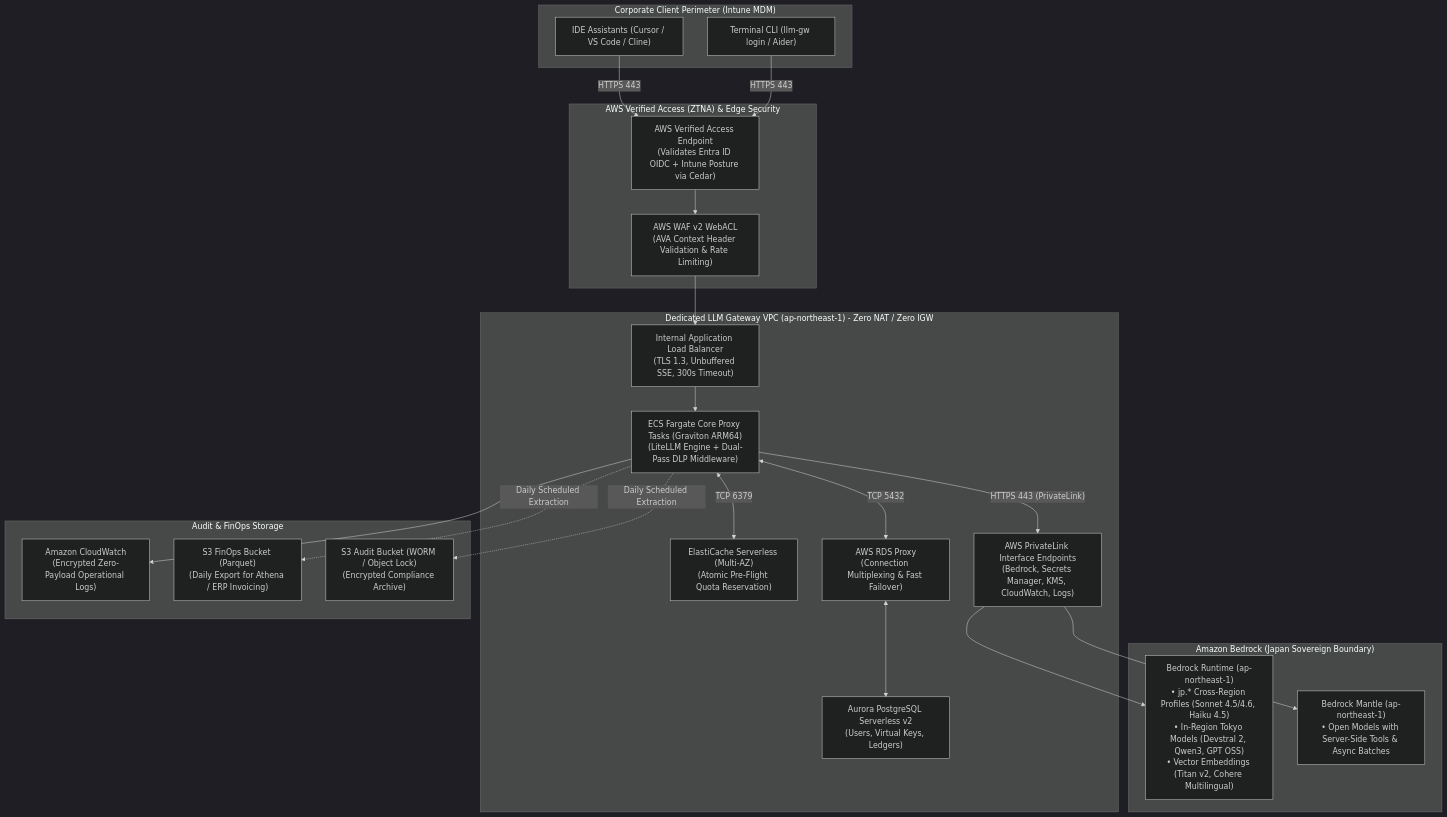
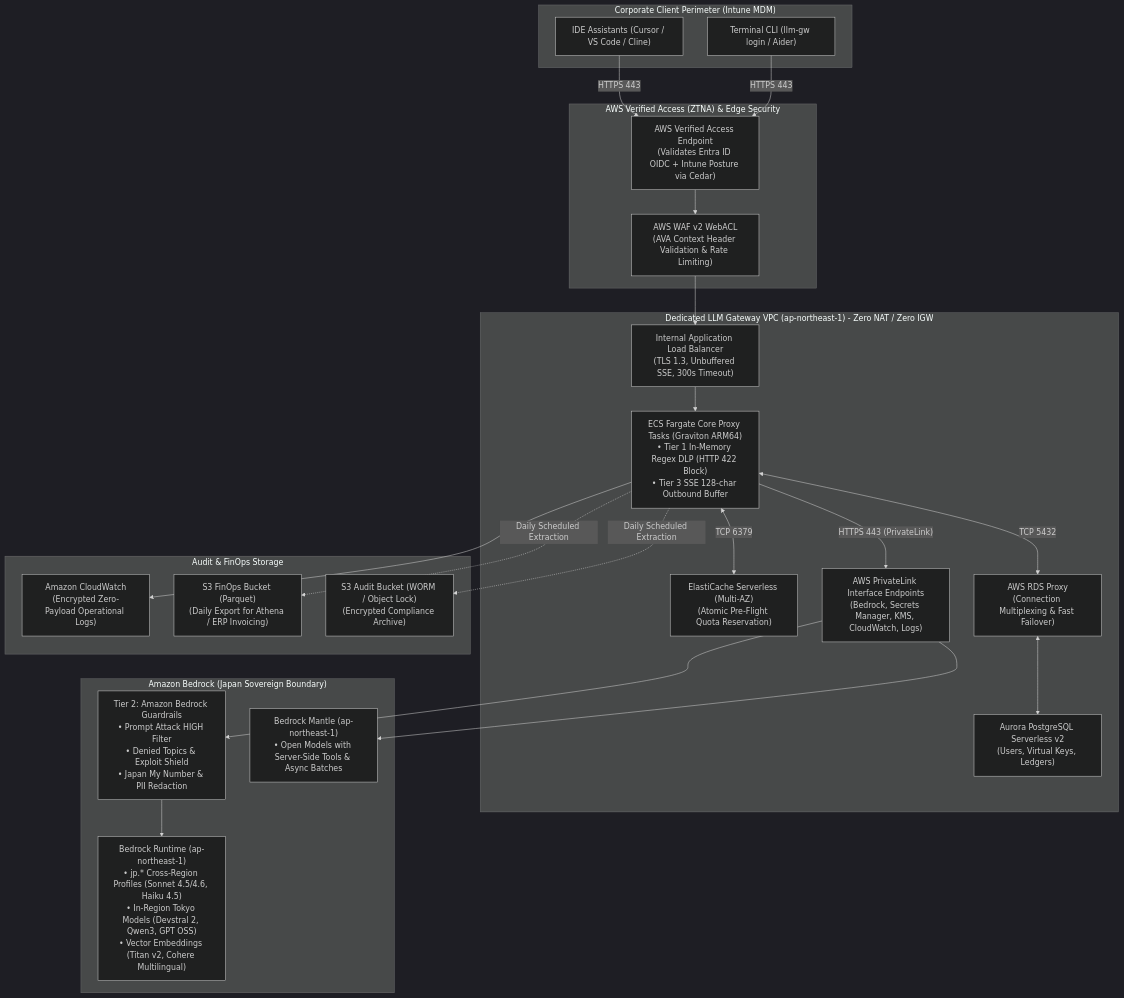
The diagram in README.md (minddrop/llm-gateway), drawn with Mermaid (dark theme) before and after one commit. The commit also changed 2 other files, not shown here.

Commit message:
docs: update infrastructure overview diagram and topology with Bedrock Guardrails and hybrid DLP

````diff
--- a/README.md
+++ b/README.md
@@ -49,40 +49,42 @@
 ```mermaid
 flowchart TD
     subgraph CorporateClient["Corporate Client Perimeter (Intune MDM)"]
         IDE["IDE Assistants (Cursor / VS Code / Cline)"]
         CLI["Terminal CLI (llm-gw login / Aider)"]
     end
 
     subgraph AWS_Ingress["AWS Verified Access (ZTNA) & Edge Security"]
         AVA["AWS Verified Access Endpoint<br/>(Validates Entra ID OIDC + Intune Posture via Cedar)"]
         WAF["AWS WAF v2 WebACL<br/>(AVA Context Header Validation & Rate Limiting)"]
     end
 
     subgraph AWS_VPC["Dedicated LLM Gateway VPC (ap-northeast-1) - Zero NAT / Zero IGW"]
         ALB["Internal Application Load Balancer<br/>(TLS 1.3, Unbuffered SSE, 300s Timeout)"]
-        Proxy["ECS Fargate Core Proxy Tasks (Graviton ARM64)<br/>(LiteLLM Engine + Dual-Pass DLP Middleware)"]
+        Proxy["ECS Fargate Core Proxy Tasks (Graviton ARM64)<br/>• Tier 1 In-Memory Regex DLP (HTTP 422 Block)<br/>• Tier 3 SSE 128-char Outbound Buffer"]
         Redis["ElastiCache Serverless (Multi-AZ)<br/>(Atomic Pre-Flight Quota Reservation)"]
         RDS_Proxy["AWS RDS Proxy<br/>(Connection Multiplexing & Fast Failover)"]
         Aurora["Aurora PostgreSQL Serverless v2<br/>(Users, Virtual Keys, Ledgers)"]
         VPCE["AWS PrivateLink Interface Endpoints<br/>(Bedrock, Secrets Manager, KMS, CloudWatch, Logs)"]
     end
 
     subgraph Upstream_Bedrock["Amazon Bedrock (Japan Sovereign Boundary)"]
+        Guardrails["Tier 2: Amazon Bedrock Guardrails<br/>• Prompt Attack HIGH Filter<br/>• Denied Topics & Exploit Shield<br/>• Japan My Number & PII Redaction"]
         Runtime["Bedrock Runtime (ap-northeast-1)<br/>• jp.* Cross-Region Profiles (Sonnet 4.5/4.6, Haiku 4.5)<br/>• In-Region Tokyo Models (Devstral 2, Qwen3, GPT OSS)<br/>• Vector Embeddings (Titan v2, Cohere Multilingual)"]
         Mantle["Bedrock Mantle (ap-northeast-1)<br/>• Open Models with Server-Side Tools & Async Batches"]
     end
 
     subgraph Storage_Telemetry["Audit & FinOps Storage"]
         CW["Amazon CloudWatch<br/>(Encrypted Zero-Payload Operational Logs)"]
         S3_FinOps["S3 FinOps Bucket (Parquet)<br/>(Daily Export for Athena / ERP Invoicing)"]
         S3_Audit["S3 Audit Bucket (WORM / Object Lock)<br/>(Encrypted Compliance Archive)"]
     end
 
     IDE & CLI -->|"HTTPS 443"| AVA --> WAF --> ALB --> Proxy
     Proxy <-->|"TCP 6379"| Redis
     Proxy <-->|"TCP 5432"| RDS_Proxy <--> Aurora
     Proxy -->|"HTTPS 443 (PrivateLink)"| VPCE
-    VPCE --> Runtime & Mantle
+    VPCE --> Guardrails --> Runtime
+    VPCE --> Mantle
     Proxy --> CW
     Proxy -.->|"Daily Scheduled Extraction"| S3_FinOps & S3_Audit
 ```
````
